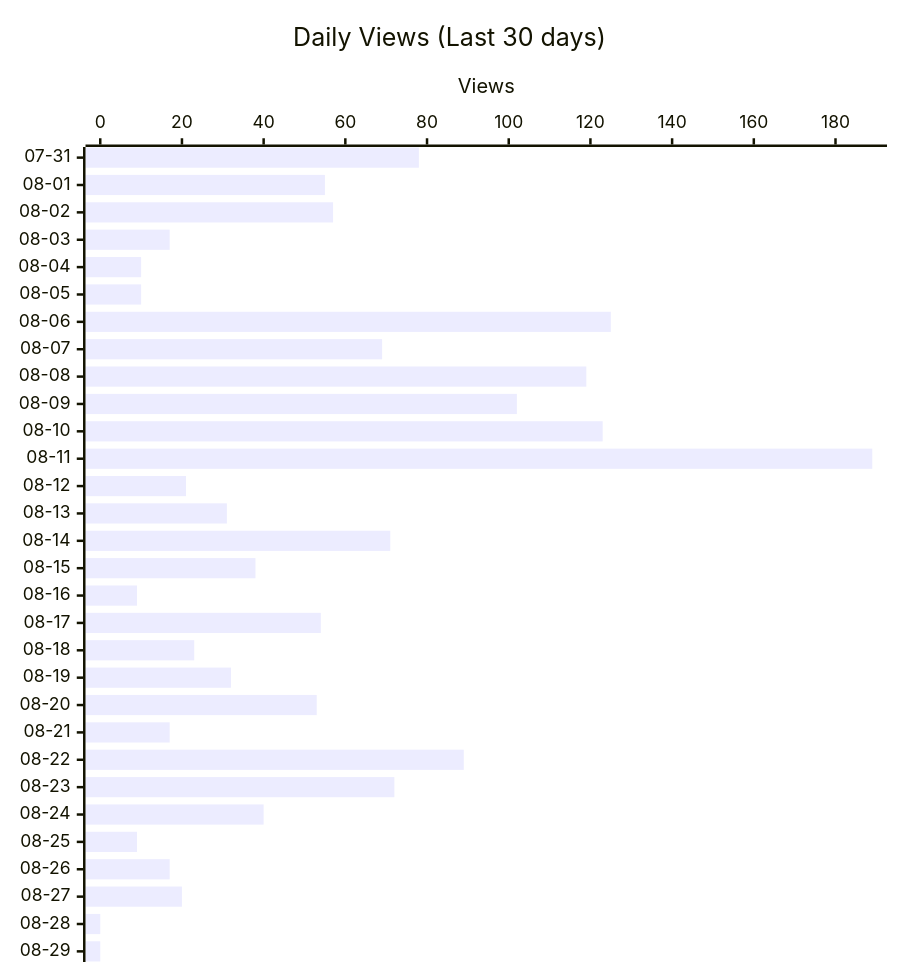
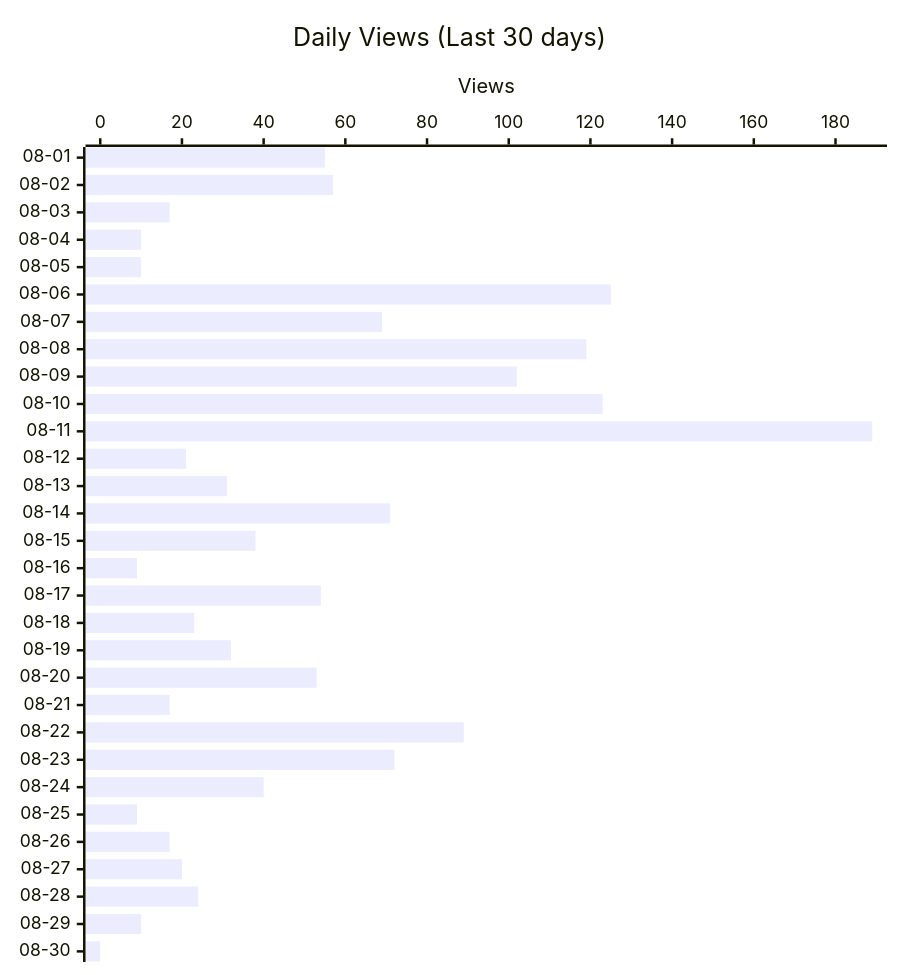
Before and after one commit to shigechika/github-insights: the second of 4 diagrams in README.md, drawn with Mermaid. The commit also changed other lines of this file and 2 other files, not shown here.

````diff
--- a/README.md
+++ b/README.md
@@ -28,12 +28,12 @@
 ```mermaid
 ---
 config:
   xyChart:
     height: 760
 ---
 xychart-beta horizontal
     title "Daily Views (Last 30 days)"
-    x-axis ["07-31", "08-01", "08-02", "08-03", "08-04", "08-05", "08-06", "08-07", "08-08", "08-09", "08-10", "08-11", "08-12", "08-13", "08-14", "08-15", "08-16", "08-17", "08-18", "08-19", "08-20", "08-21", "08-22", "08-23", "08-24", "08-25", "08-26", "08-27", "08-28", "08-29"]
+    x-axis ["08-01", "08-02", "08-03", "08-04", "08-05", "08-06", "08-07", "08-08", "08-09", "08-10", "08-11", "08-12", "08-13", "08-14", "08-15", "08-16", "08-17", "08-18", "08-19", "08-20", "08-21", "08-22", "08-23", "08-24", "08-25", "08-26", "08-27", "08-28", "08-29", "08-30"]
     y-axis "Views"
-    bar [78, 55, 57, 17, 10, 10, 125, 69, 119, 102, 123, 189, 21, 31, 71, 38, 9, 54, 23, 32, 53, 17, 89, 72, 40, 9, 17, 20, 0, 0]
+    bar [55, 57, 17, 10, 10, 125, 69, 119, 102, 123, 189, 21, 31, 71, 38, 9, 54, 23, 32, 53, 17, 89, 72, 40, 9, 17, 20, 24, 10, 0]
 ```
````
